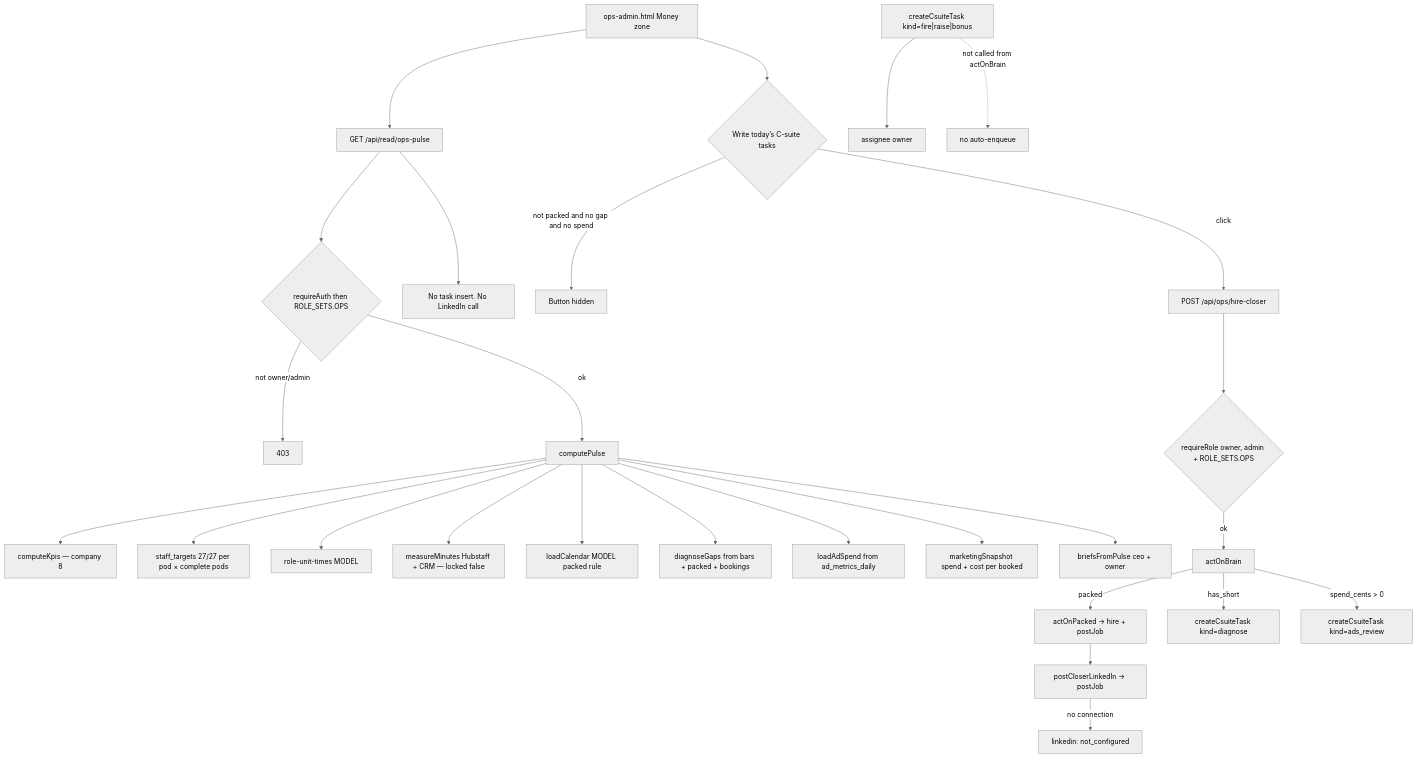
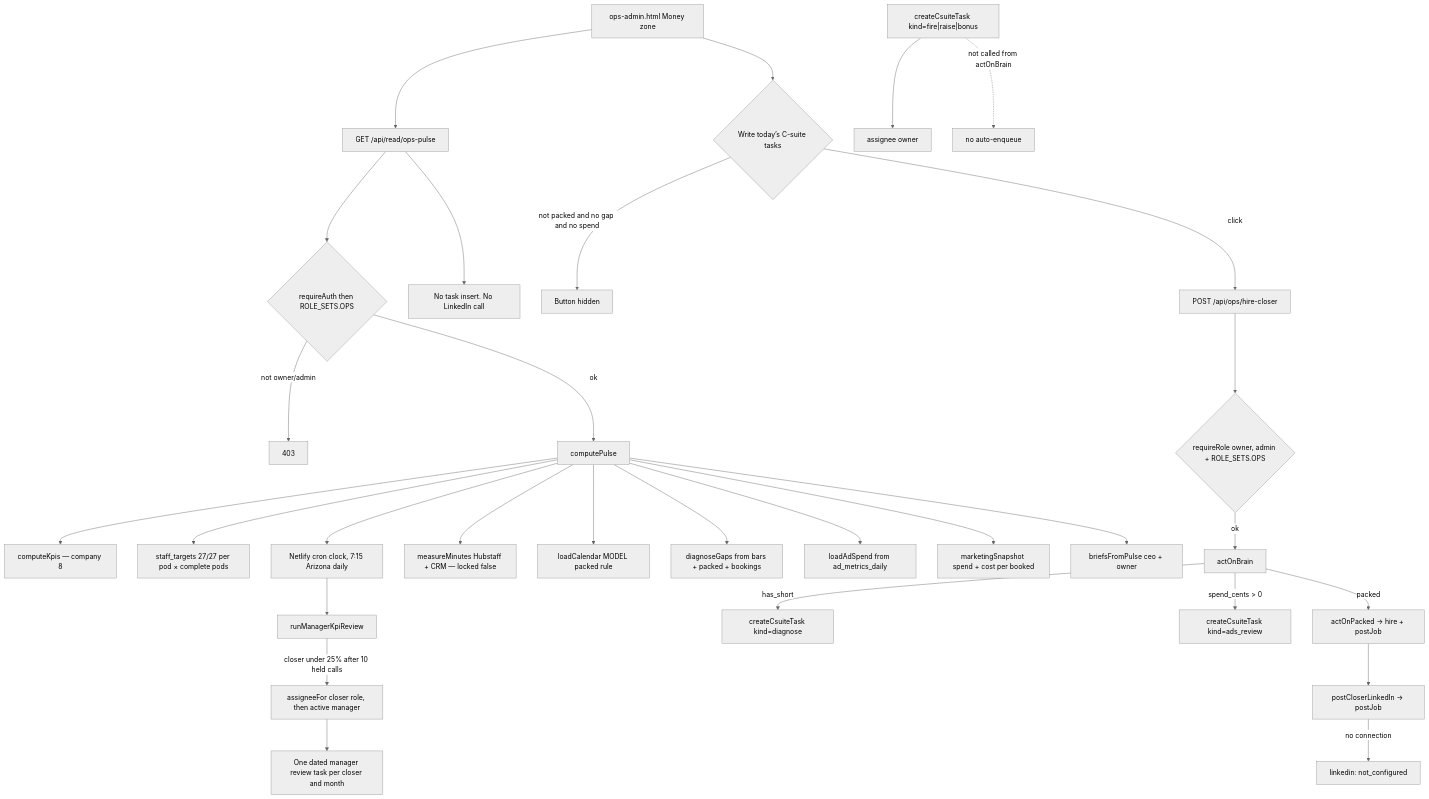
One commit to ZootimusMaximusSupreme/fundhub-platform changed the diagram in docs/journeys/ops-pulse-actual.md. Above: the diagram before and after it, drawn with Mermaid (neutral theme). The commit also changed other lines of this file and 17 other files, not shown here.

````diff
--- a/docs/journeys/ops-pulse-actual.md
+++ b/docs/journeys/ops-pulse-actual.md
@@ -5,29 +5,32 @@
 ```mermaid
 flowchart TD
     PAGE["ops-admin.html Money zone"] --> GET["GET /api/read/ops-pulse"]
     GET --> AUTH{requireAuth then ROLE_SETS.OPS}
     AUTH -->|not owner/admin| DENY[403]
     AUTH -->|ok| PULSE["computePulse"]
     PULSE --> KPI["computeKpis — company 8"]
     PULSE --> BARS["staff_targets 27/27 per pod × complete pods"]
     PULSE --> CLOCK["role-unit-times MODEL"]
     PULSE --> MEAS["measureMinutes Hubstaff + CRM — locked false"]
     PULSE --> CAL["loadCalendar MODEL packed rule"]
     PULSE --> GAPS["diagnoseGaps from bars + packed + bookings"]
     PULSE --> ADS["loadAdSpend from ad_metrics_daily"]
     PULSE --> MKT["marketingSnapshot spend + cost per booked"]
     PULSE --> BRIEF["briefsFromPulse ceo + owner"]
     GET --> NOWRITE[No task insert. No LinkedIn call]
     PAGE --> BTN{Write today’s C-suite tasks}
     BTN -->|not packed and no gap and no spend| HIDE[Button hidden]
     BTN -->|click| POST["POST /api/ops/hire-closer"]
     POST --> AUTH2{requireRole owner, admin + ROLE_SETS.OPS}
     AUTH2 -->|ok| ACT["actOnBrain"]
     ACT -->|packed| HIRE["actOnPacked → hire + postJob"]
     ACT -->|has_short| DIAG["createCsuiteTask kind=diagnose"]
     ACT -->|spend_cents > 0| ADSREV["createCsuiteTask kind=ads_review"]
     HIRE --> LI["postCloserLinkedIn → postJob"]
     LI -->|no connection| NC[linkedin: not_configured]
     FIRE["createCsuiteTask kind=fire|raise|bonus"] --> OWNER[assignee owner]
     FIRE -.->|not called from actOnBrain| IDLE[no auto-enqueue]
+    CLOCK["Netlify cron clock, 7:15 Arizona daily"] --> MGR["runManagerKpiReview"]
+    MGR -->|closer under 25% after 10 held calls| ROUTE["assigneeFor closer role, then active manager"]
+    ROUTE --> DATED["One dated manager review task per closer and month"]
 ```
````
